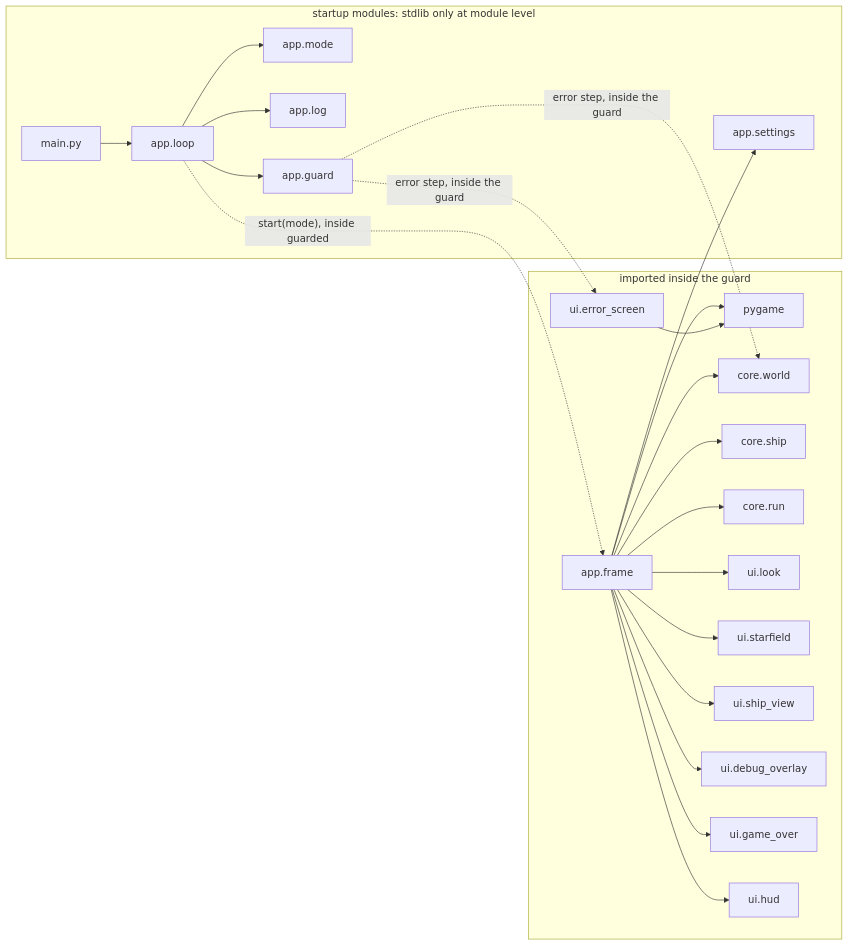
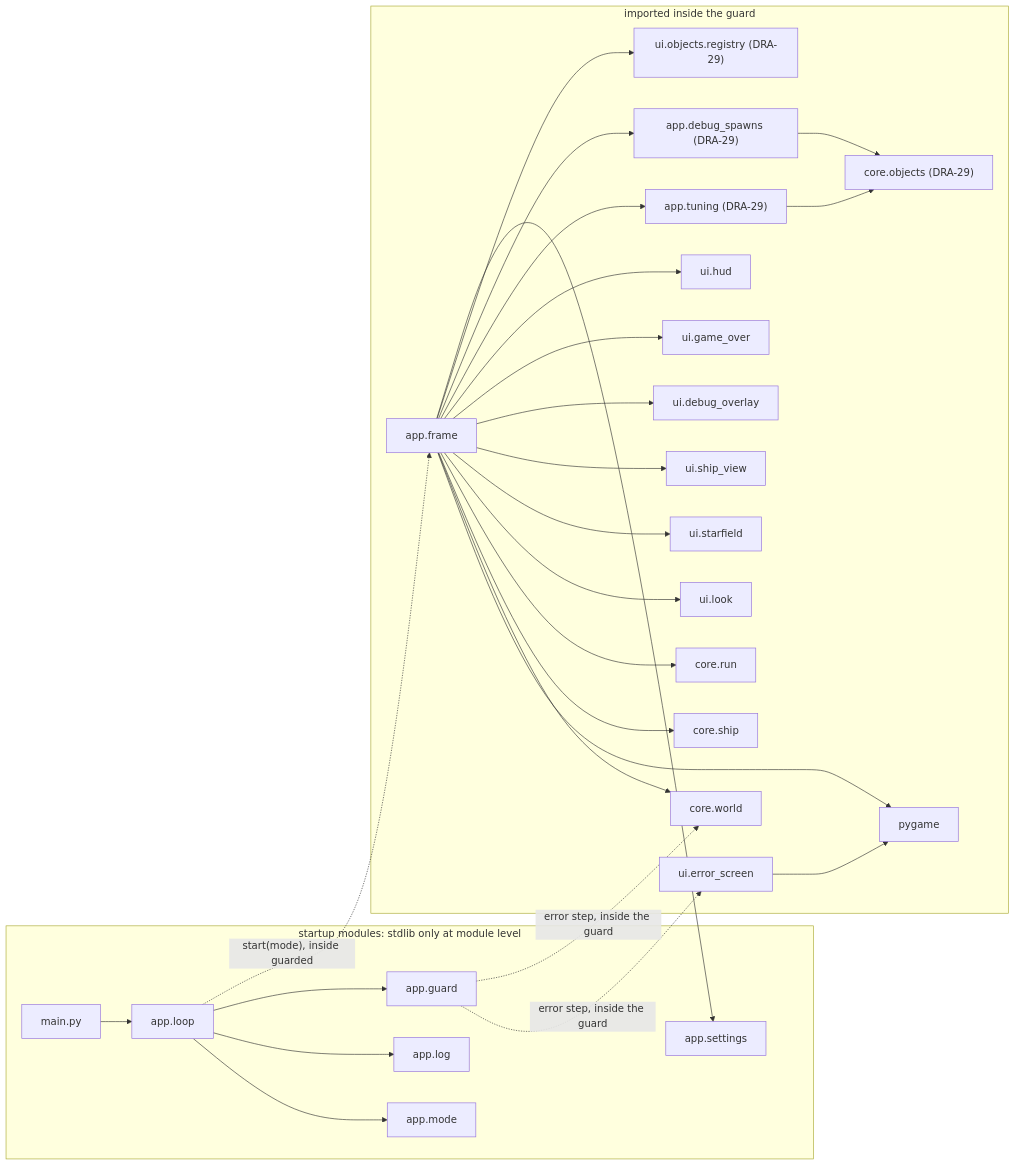
The second of 3 diagrams in docs/contracts/systems/app.md (david-mntl/driftward-ace), drawn with Mermaid before and after one commit. The commit also changed other lines of this file and 17 other files, not shown here.

Commit message:
docs(contracts): add objects spec and schemas, update run, ship, app and overlay specs

````diff
--- a/docs/contracts/systems/app.md
+++ b/docs/contracts/systems/app.md
@@ -48,27 +53,32 @@
 ```mermaid
 flowchart LR
   subgraph startup["startup modules: stdlib only at module level"]
     MA["main.py"] --> LO["app.loop"]
     LO --> MO["app.mode"]
     LO --> LG["app.log"]
     LO --> GU["app.guard"]
     ST["app.settings"]
   end
   subgraph guarded["imported inside the guard"]
     FR["app.frame"] --> PG["pygame"]
     FR --> CW["core.world"]
     FR --> CS["core.ship"]
     FR --> CR["core.run"]
     FR --> UL["ui.look"]
     FR --> SF["ui.starfield"]
     FR --> SV["ui.ship_view"]
     FR --> DO["ui.debug_overlay"]
     FR --> GO["ui.game_over"]
     FR --> HU["ui.hud"]
+    FR --> TU["app.tuning (DRA-29)"]
+    FR --> DS["app.debug_spawns (DRA-29)"]
+    FR --> UO["ui.objects.registry (DRA-29)"]
+    TU --> CO["core.objects (DRA-29)"]
+    DS --> CO
     ES["ui.error_screen"] --> PG
   end
   LO -. "start(mode), inside guarded" .-> FR
   GU -. "error step, inside the guard" .-> ES
   GU -. "error step, inside the guard" .-> CW
   FR --> ST
 ```
````
